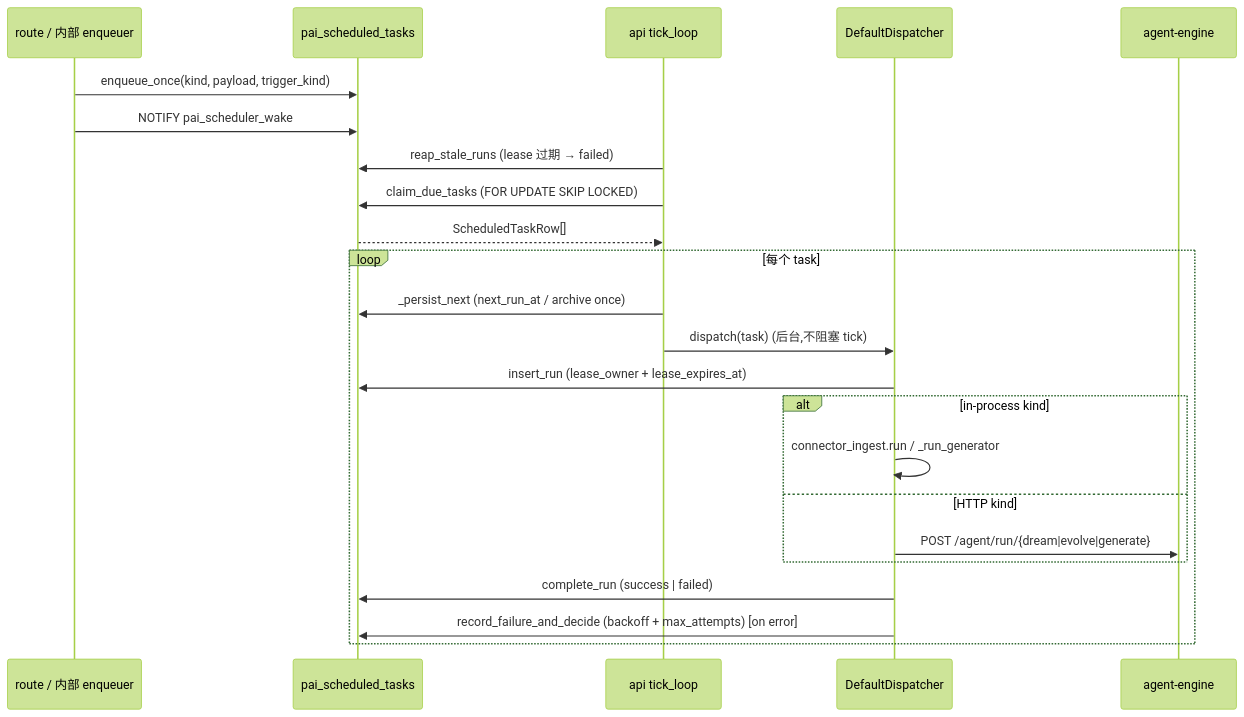
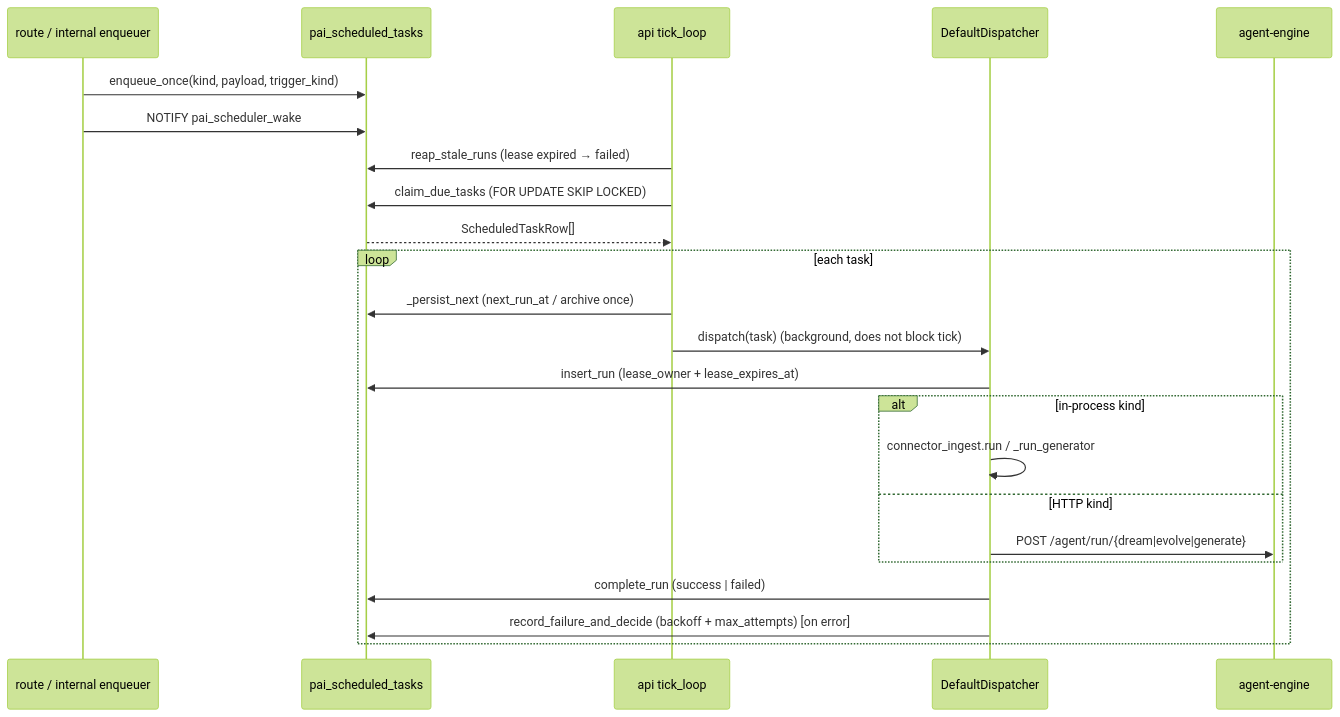
The second of 2 diagrams in docs/modules/background-tasks.mdx (Edge-AI-HQ/proactive-assistant), drawn with Mermaid (forest theme) before and after one commit. The commit also changed other lines of this file and 12 other files, not shown here.

````diff
--- a/docs/modules/background-tasks.mdx
+++ b/docs/modules/background-tasks.mdx
@@ -60,26 +60,26 @@
 ```mermaid
 sequenceDiagram
-  participant Caller as route / 内部 enqueuer
+  participant Caller as route / internal enqueuer
   participant DB as pai_scheduled_tasks
   participant Tick as api tick_loop
   participant Disp as DefaultDispatcher
   participant Chat as agent-engine
 
   Caller->>DB: enqueue_once(kind, payload, trigger_kind)
   Caller->>DB: NOTIFY pai_scheduler_wake
-  Tick->>DB: reap_stale_runs (lease 过期 → failed)
+  Tick->>DB: reap_stale_runs (lease expired → failed)
   Tick->>DB: claim_due_tasks (FOR UPDATE SKIP LOCKED)
   DB-->>Tick: ScheduledTaskRow[]
-  loop 每个 task
+  loop each task
     Tick->>DB: _persist_next (next_run_at / archive once)
-    Tick->>Disp: dispatch(task) (后台,不阻塞 tick)
+    Tick->>Disp: dispatch(task) (background, does not block tick)
     Disp->>DB: insert_run (lease_owner + lease_expires_at)
     alt in-process kind
       Disp->>Disp: connector_ingest.run / _run_generator
     else HTTP kind
       Disp->>Chat: POST /agent/run/{dream|evolve|generate}
     end
     Disp->>DB: complete_run (success | failed)
     Disp->>DB: record_failure_and_decide (backoff + max_attempts) [on error]
   end
 ```
````
